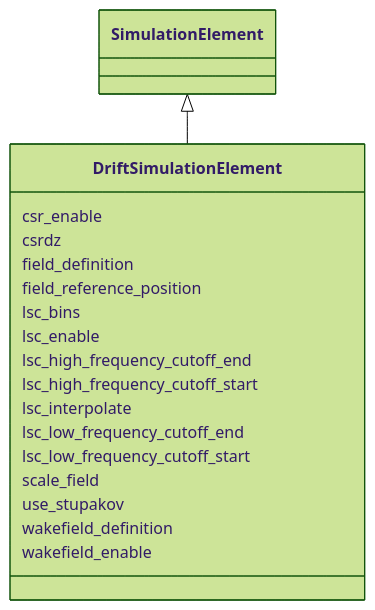
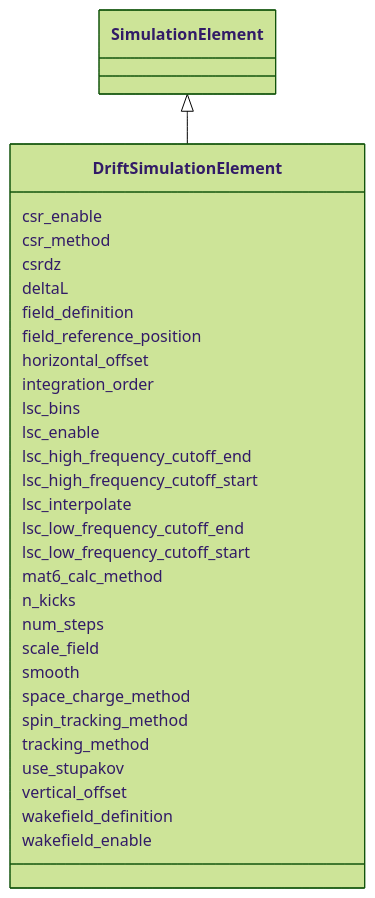
One commit to astec-stfc/laura changed the diagram in docs/source/schema/DriftSimulationElement.md. Above: the diagram before and after it, drawn with Mermaid (forest theme). The commit also changed other lines of this file and 63 other files, not shown here.

Commit message:
updatedn schema to consolidate SimulationElement parameters that were shared among subclasses; implemented tracking methods for bmad

````diff
--- a/docs/source/schema/DriftSimulationElement.md
+++ b/docs/source/schema/DriftSimulationElement.md
@@ -18,39 +18,63 @@
 ```mermaid
  classDiagram
     class DriftSimulationElement
     click DriftSimulationElement href "../DriftSimulationElement/"
       SimulationElement <|-- DriftSimulationElement
         click SimulationElement href "../SimulationElement/"
-      
+
       DriftSimulationElement : csr_enable
-        
+
+      DriftSimulationElement : csr_method
+
       DriftSimulationElement : csrdz
-        
+
+      DriftSimulationElement : deltaL
+
       DriftSimulationElement : field_definition
-        
+
       DriftSimulationElement : field_reference_position
-        
+
+      DriftSimulationElement : horizontal_offset
+
+      DriftSimulationElement : integration_order
+
       DriftSimulationElement : lsc_bins
-        
+
       DriftSimulationElement : lsc_enable
-        
+
       DriftSimulationElement : lsc_high_frequency_cutoff_end
-        
+
       DriftSimulationElement : lsc_high_frequency_cutoff_start
-        
+
       DriftSimulationElement : lsc_interpolate
-        
+
       DriftSimulationElement : lsc_low_frequency_cutoff_end
-        
+
       DriftSimulationElement : lsc_low_frequency_cutoff_start
-        
+
+      DriftSimulationElement : mat6_calc_method
+
+      DriftSimulationElement : n_kicks
+
+      DriftSimulationElement : num_steps
+
       DriftSimulationElement : scale_field
-        
+
+      DriftSimulationElement : smooth
+
+      DriftSimulationElement : space_charge_method
+
+      DriftSimulationElement : spin_tracking_method
+
+      DriftSimulationElement : tracking_method
+
       DriftSimulationElement : use_stupakov
-        
+
+      DriftSimulationElement : vertical_offset
+
       DriftSimulationElement : wakefield_definition
-        
+
       DriftSimulationElement : wakefield_enable
-        
-      
+
+
 ```
````
